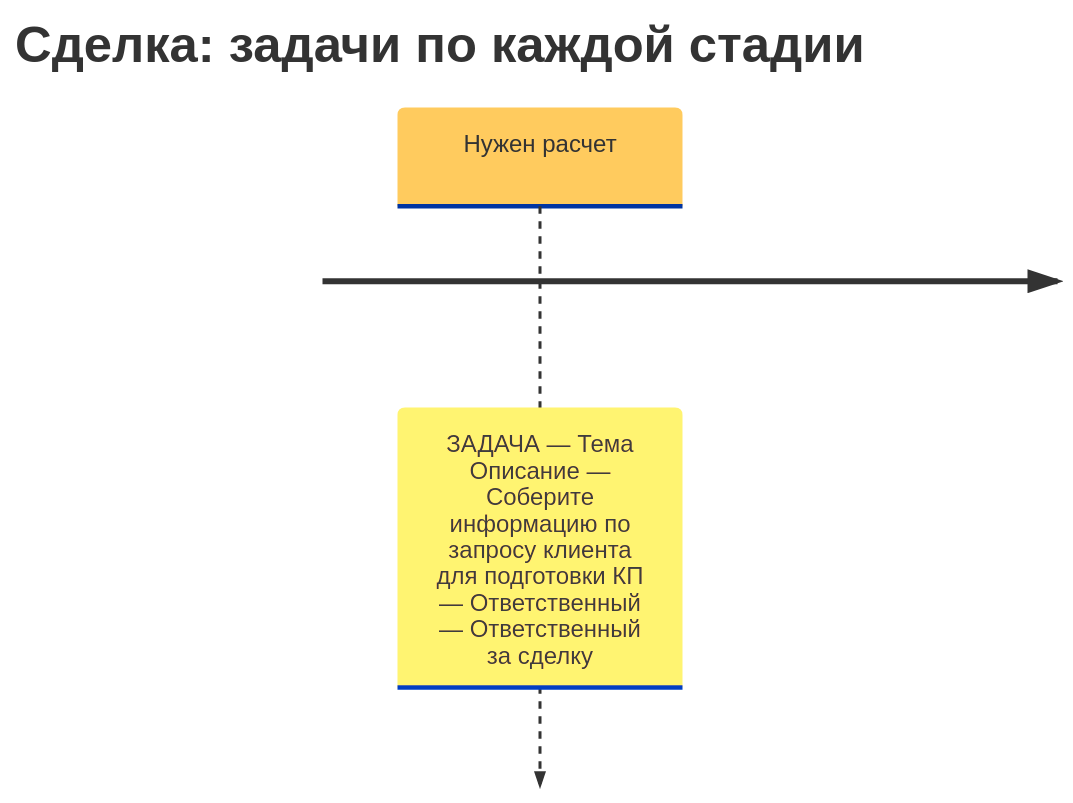
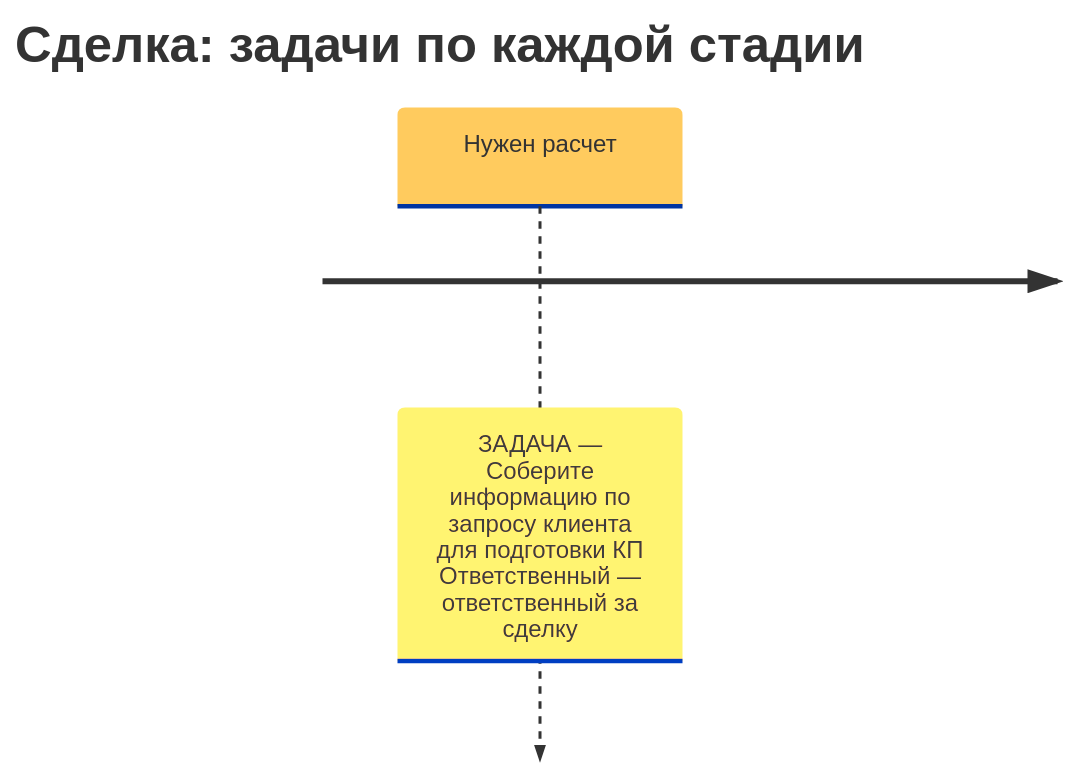
Before and after one commit to NazarovKI/knowledge: the second of 3 diagrams in content/processing.md, drawn with Mermaid. The commit also changed other lines of this file, not shown here.

````diff
--- a/content/processing.md
+++ b/content/processing.md
@@ -27,10 +32,10 @@
 ```mermaid 
 --- 
 config: 
   logLevel: 'debug' 
   theme: 'base' 
 ---
 timeline
     title Сделка: задачи по каждой стадии
-Нужен расчет : ЗАДАЧА — Тема Описание — Соберите информацию по запросу клиента для подготовки КП — Ответственный — Ответственный за сделку
+Нужен расчет : ЗАДАЧА — Соберите информацию по запросу клиента для подготовки КП<br>Ответственный — ответственный за сделку
 ```  
````
